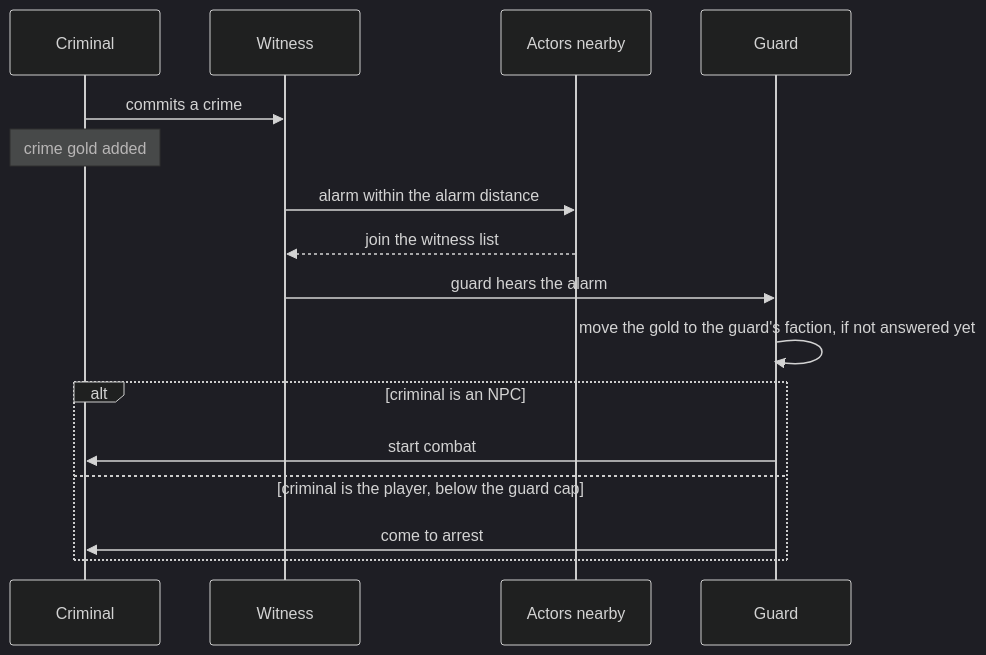
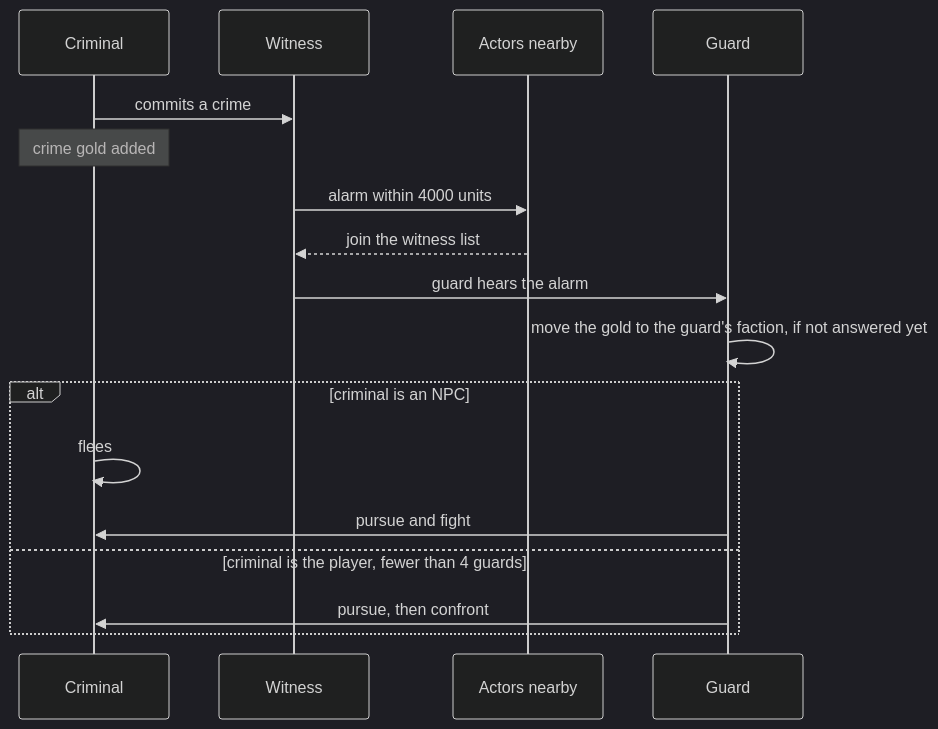
The third of 3 diagrams in docs/engine/crime-reports.md (jjgroenendijk/opensky), drawn with Mermaid (dark theme) before and after one commit. The commit also changed other lines of this file and 17 other files, not shown here.

````diff
--- a/docs/engine/crime-reports.md
+++ b/docs/engine/crime-reports.md
@@ -72,18 +162,19 @@
 ```mermaid
 sequenceDiagram
     participant C as Criminal
     participant W as Witness
     participant A as Actors nearby
     participant G as Guard
     C->>W: commits a crime
     Note over C: crime gold added
-    W->>A: alarm within the alarm distance
+    W->>A: alarm within 4000 units
     A-->>W: join the witness list
     W->>G: guard hears the alarm
     G->>G: move the gold to the guard's faction, if not answered yet
     alt criminal is an NPC
-        G->>C: start combat
-    else criminal is the player, below the guard cap
-        G->>C: come to arrest
+        C->>C: flees
+        G->>C: pursue and fight
+    else criminal is the player, fewer than 4 guards
+        G->>C: pursue, then confront
     end
 ```
````
